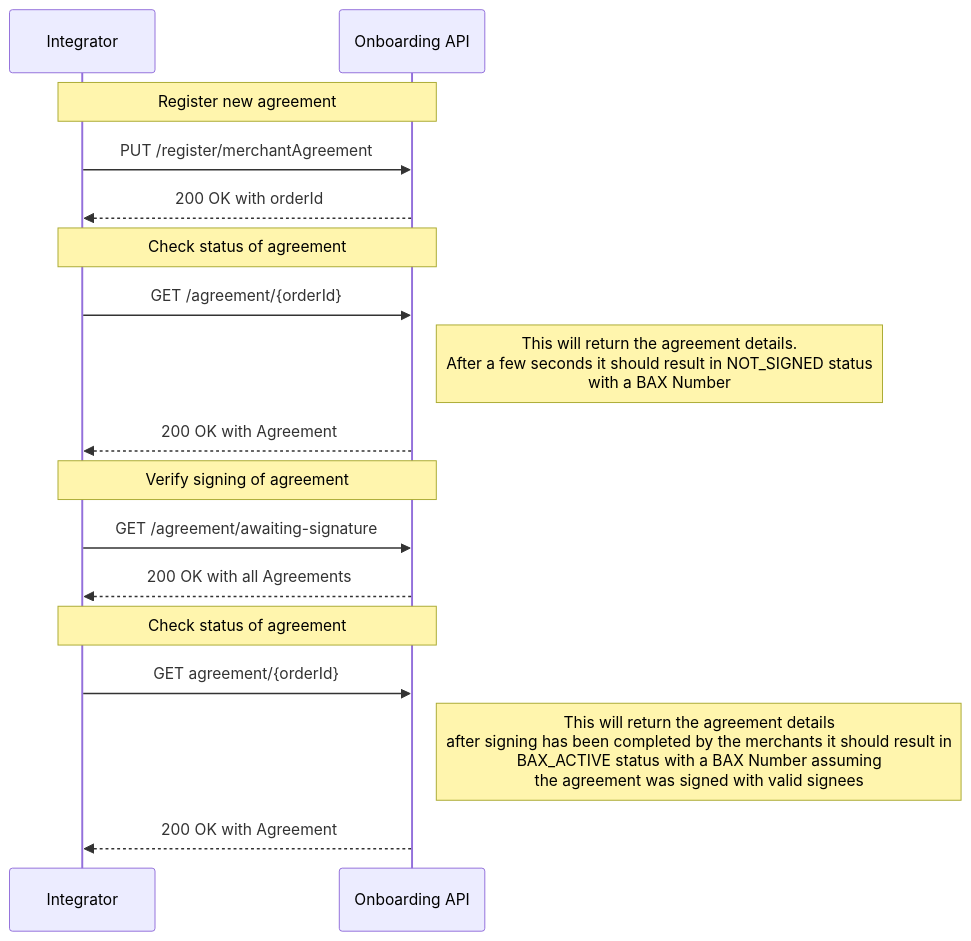
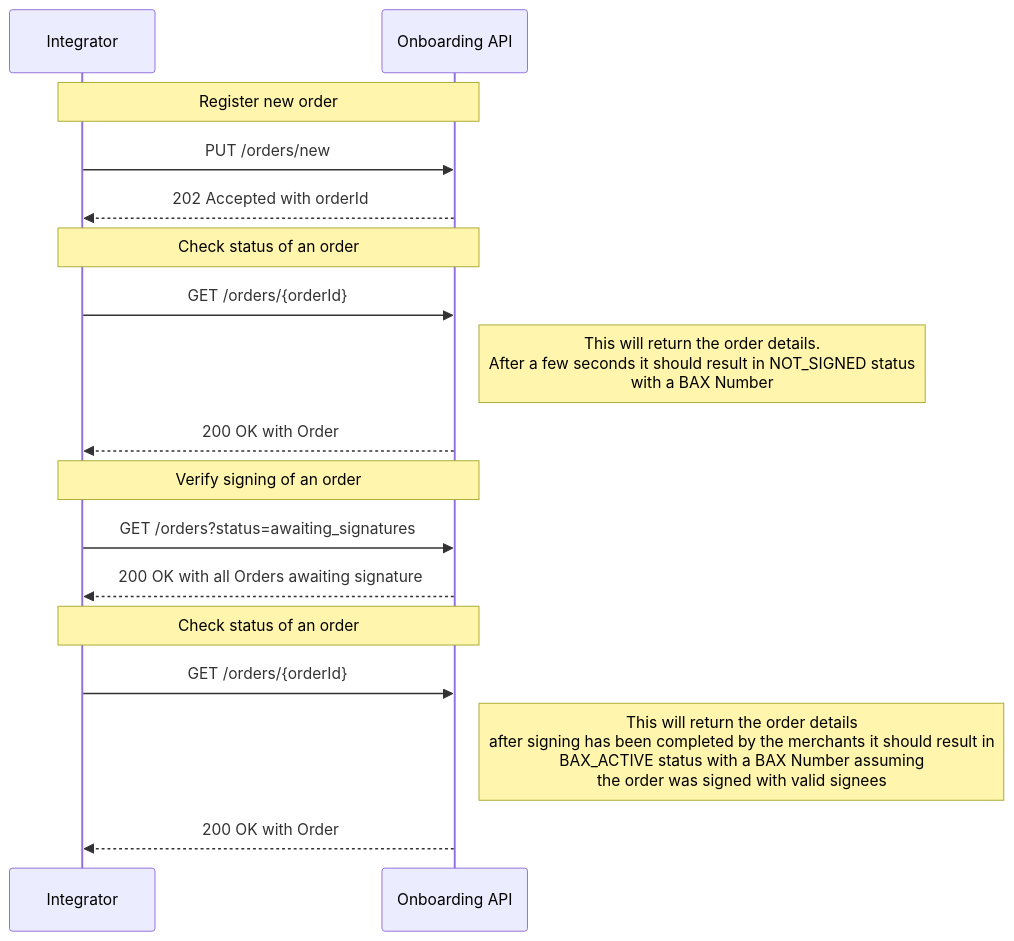
Before and after one commit to BankAxept/bankaxept-onboarding-external-documentation: the first of 2 diagrams in docs/prod_flows.md, drawn with Mermaid. The commit also changed other lines of this file and 3 other files, not shown here.

````diff
--- a/docs/prod_flows.md
+++ b/docs/prod_flows.md
@@ -5,23 +5,23 @@
 ```mermaid
 sequenceDiagram
 participant I as Integrator
 participant O as Onboarding API
 
-note over I, O: Register new agreement
-I ->> O: PUT /register/merchantAgreement
-O -->> I: 200 OK with orderId
+note over I, O: Register new order
+I ->> O: PUT /orders/new
+O -->> I: 202 Accepted with orderId
 
-note over I, O: Check status of agreement
-I ->> O : GET /agreement/{orderId}
-note right of O: This will return the agreement details. <br/> After a few seconds it should result in NOT_SIGNED status <br/> with a BAX Number
-O -->> I: 200 OK with Agreement
+note over I, O: Check status of an order
+I ->> O : GET /orders/{orderId}
+note right of O: This will return the order details. <br/> After a few seconds it should result in NOT_SIGNED status <br/> with a BAX Number
+O -->> I: 200 OK with Order
 
-note over I, O: Verify signing of agreement
-I ->> O: GET /agreement/awaiting-signature
-O -->> I: 200 OK with all Agreements
+note over I, O: Verify signing of an order
+I ->> O: GET /orders?status=awaiting_signatures
+O -->> I: 200 OK with all Orders awaiting signature
 
-note over I, O: Check status of agreement
-I ->> O : GET agreement/{orderId}
-note right of O: This will return the agreement details <br/> after signing has been completed by the merchants it should result in <br/> BAX_ACTIVE status with a BAX Number assuming <br/> the agreement was signed with valid signees
-O -->> I: 200 OK with Agreement
+note over I, O: Check status of an order
+I ->> O : GET /orders/{orderId}
+note right of O: This will return the order details <br/> after signing has been completed by the merchants it should result in <br/> BAX_ACTIVE status with a BAX Number assuming <br/> the order was signed with valid signees
+O -->> I: 200 OK with Order
 ```
````
